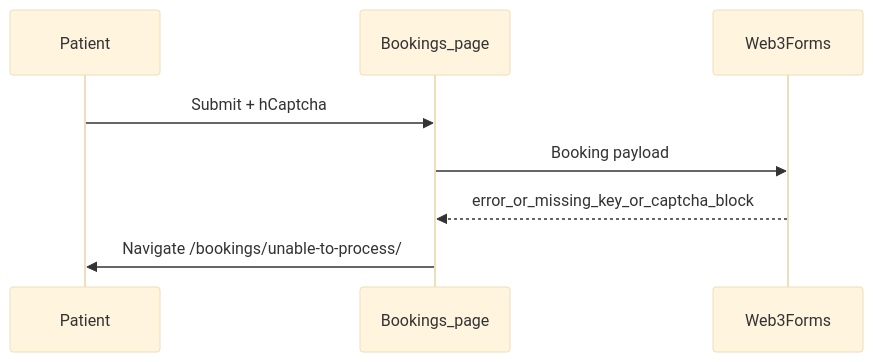
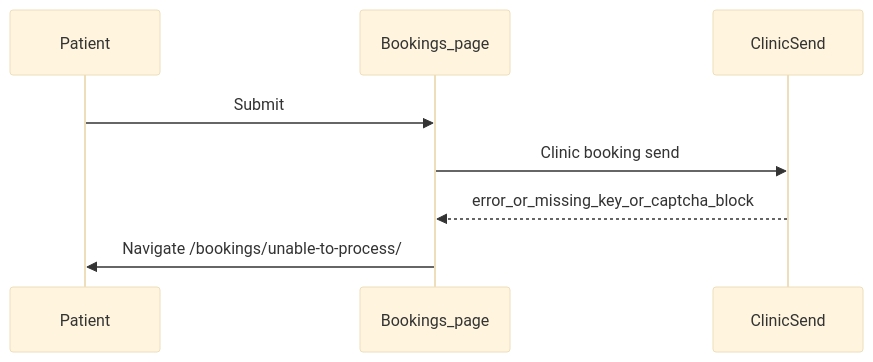
One commit to hbacalso1229/wellness-needles changed the fifth of 5 diagrams in docs/GO_LIVE_ARCHITECTURE.md. Above: the diagram before and after it, drawn with Mermaid (base theme). The commit also changed other lines of this file and 19 other files, not shown here.

Commit message:
Add Turnstile on production booking and keep hCaptcha on staging.

````diff
--- a/docs/GO_LIVE_ARCHITECTURE.md
+++ b/docs/GO_LIVE_ARCHITECTURE.md
@@ -146,10 +188,10 @@
 ```mermaid
 sequenceDiagram
   participant P as Patient
   participant S as Bookings_page
-  participant W as Web3Forms
-  P->>S: Submit + hCaptcha
-  S->>W: Booking payload
-  W-->>S: error_or_missing_key_or_captcha_block
+  participant Fn as ClinicSend
+  P->>S: Submit
+  S->>Fn: Clinic booking send
+  Fn-->>S: error_or_missing_key_or_captcha_block
   S->>P: Navigate /bookings/unable-to-process/
 ```
````
